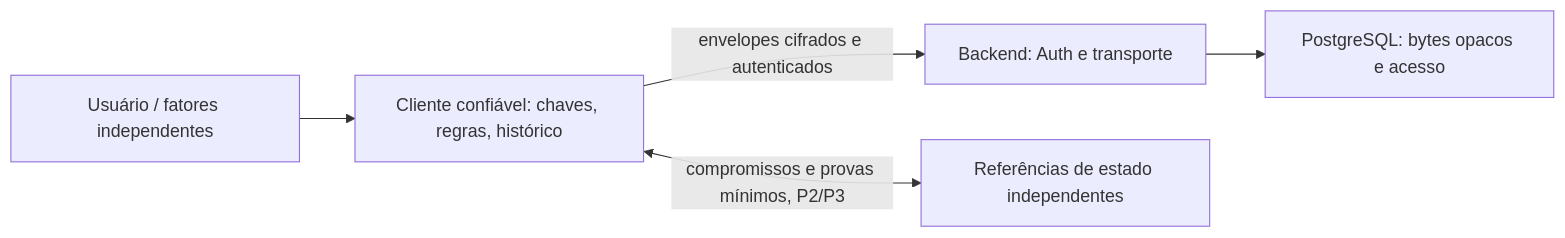
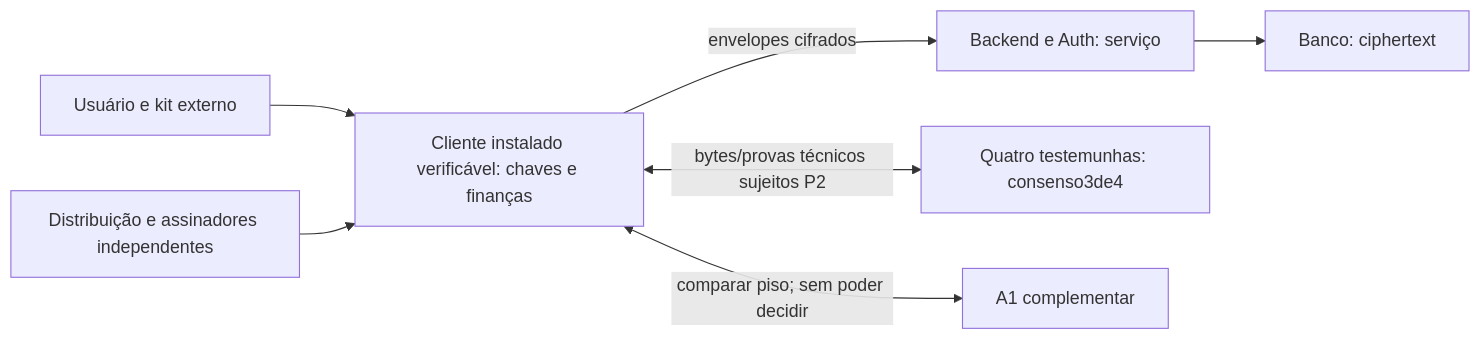
One commit to beter-life/Back changed the diagram in poc/security05/E2EE_ARCHITECTURE.md. Above: the diagram before and after it, drawn with Mermaid. The commit also changed other lines of this file and 12 other files, not shown here.

````diff
--- a/poc/security05/E2EE_ARCHITECTURE.md
+++ b/poc/security05/E2EE_ARCHITECTURE.md
@@ -7,7 +11,9 @@
 ```mermaid
 flowchart LR
-  U[Usuário / fatores independentes] --> C[Cliente confiável: chaves, regras, histórico]
-  C -->|envelopes cifrados e autenticados| B[Backend: Auth e transporte]
-  B --> D[PostgreSQL: bytes opacos e acesso]
-  C <-->|compromissos e provas mínimos, P2/P3| A[Referências de estado independentes]
+  U[Usuário e kit externo] --> C[Cliente instalado verificável: chaves e finanças]
+  R[Distribuição e assinadores independentes] --> C
+  C -->|envelopes cifrados| B[Backend e Auth: serviço]
+  B --> D[Banco: ciphertext]
+  C <-->|bytes/provas técnicos sujeitos P2| W[Quatro testemunhas: consenso3de4]
+  C <-->|comparar piso; sem poder decidir| A[A1 complementar]
 ```
````
